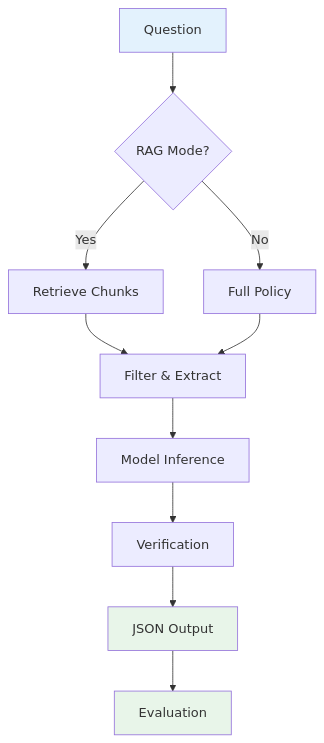
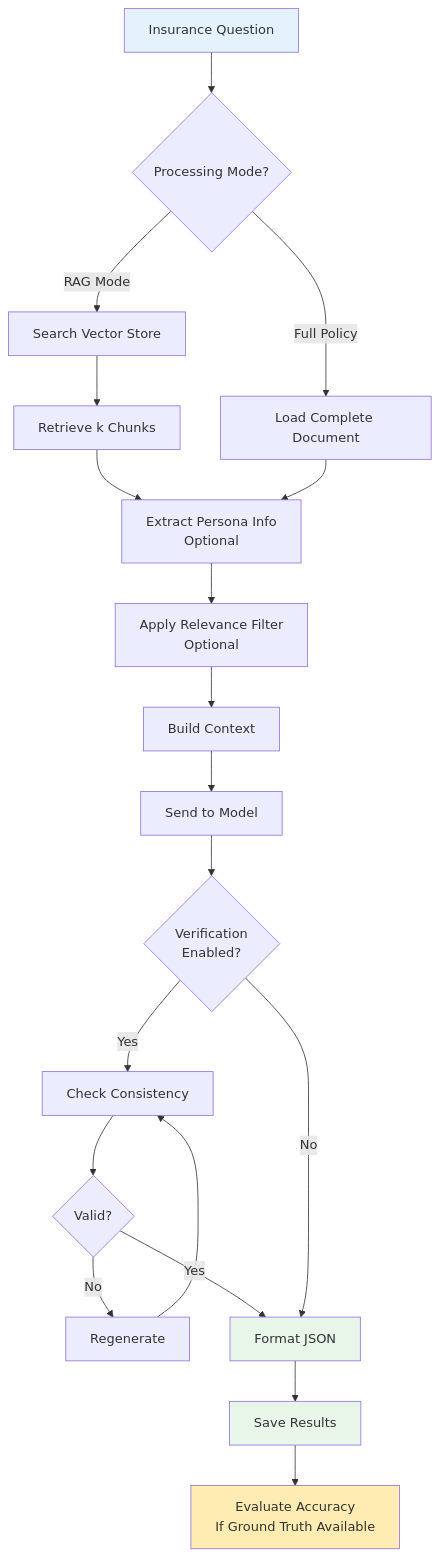
Before and after one commit to jean3P/GPT_AITIS: the second of 2 diagrams in docs/architecture/overview.md, drawn with Mermaid. The commit also changed other lines of this file and 8 other files, not shown here.

First line of the commit message:
Update documentation to expand on RAG pipeline, vector store, evaluation phases, and chunking strategies

````diff
--- a/docs/architecture/overview.md
+++ b/docs/architecture/overview.md
@@ -116,16 +202,31 @@
 ```mermaid
 graph TD
-    A[Question] --> B{RAG Mode?}
-    B -->|Yes| C[Retrieve Chunks]
-    B -->|No| D[Full Policy]
-    C --> E[Filter & Extract]
-    D --> E
-    E --> F[Model Inference]
-    F --> G[Verification]
-    G --> H[JSON Output]
-    H --> I[Evaluation]
+    A[Insurance Question] --> B{Processing Mode?}
+    B -->|RAG Mode| C[Search Vector Store]
+    B -->|Full Policy| D[Load Complete Document]
+    
+    C --> E[Retrieve k Chunks]
+    E --> F[Extract Persona Info<br/>Optional]
+    D --> F
+    
+    F --> G[Apply Relevance Filter<br/>Optional]
+    G --> H[Build Context]
+    
+    H --> I[Send to Model]
+    I --> J{Verification<br/>Enabled?}
+    
+    J -->|Yes| K[Check Consistency]
+    K --> L{Valid?}
+    L -->|No| M[Regenerate]
+    M --> K
+    L -->|Yes| N[Format JSON]
+    
+    J -->|No| N
+    N --> O[Save Results]
+    O --> P[Evaluate Accuracy<br/>If Ground Truth Available]
     
     style A fill:#e3f2fd
-    style H fill:#e8f5e9
-    style I fill:#e8f5e9
+    style N fill:#e8f5e9
+    style O fill:#e8f5e9
+    style P fill:#ffecb3
 ```
````
